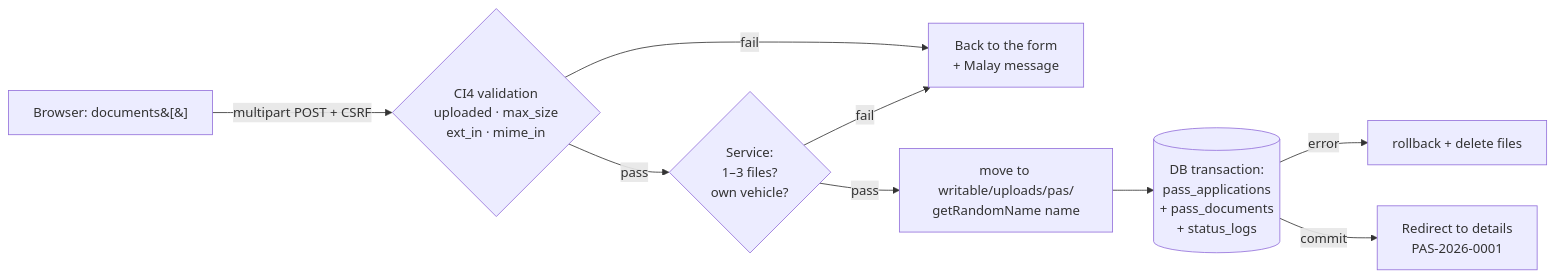
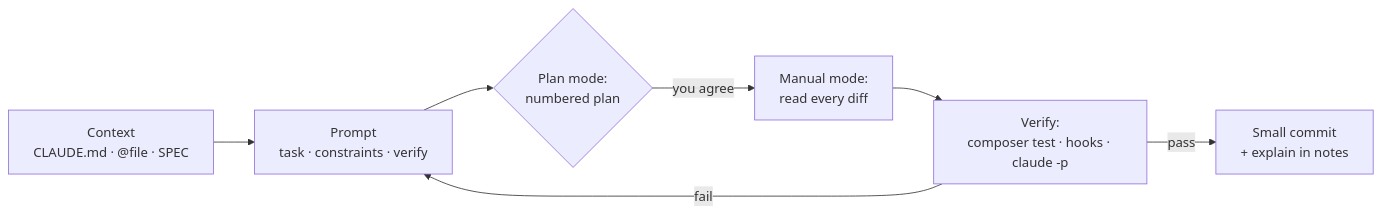
Before and after one commit to habibtalib/coach-codeigniter-10-hari-kkm-peserta: the first of 7 diagrams in hari-7/README.en.md, drawn with Mermaid. The commit also changed other lines of this file and 13 other files, not shown here.

Commit message:
Hari 7: Claude Code — pelaksanaan & amalan terbaik; Seni Prompt (65 prompt); slaid 172

````diff
--- a/hari-7/README.en.md
+++ b/hari-7/README.en.md
@@ -67,11 +58,9 @@
 ```mermaid
 flowchart LR
-    A[Browser: documents&#91;&#93;] -->|multipart POST + CSRF| B{CI4 validation<br/>uploaded · max_size<br/>ext_in · mime_in}
-    B -- fail --> X[Back to the form<br/>+ Malay message]
-    B -- pass --> C{Service:<br/>1–3 files?<br/>own vehicle?}
-    C -- fail --> X
-    C -- pass --> D[move to writable/uploads/pas/<br/>getRandomName name]
-    D --> E[(DB transaction:<br/>pass_applications<br/>+ pass_documents<br/>+ status_logs)]
-    E -- error --> F[rollback + delete files]
-    E -- commit --> G[Redirect to details<br/>PAS-2026-0001]
+    A[Context<br/>CLAUDE.md · @file · SPEC] --> B[Prompt<br/>task · constraints · verify]
+    B --> C{Plan mode:<br/>numbered plan}
+    C -- you agree --> D[Manual mode:<br/>read every diff]
+    D --> E[Verify:<br/>composer test · hooks · claude -p]
+    E -- fail --> B
+    E -- pass --> F[Small commit<br/>+ explain in notes]
 ```
````
